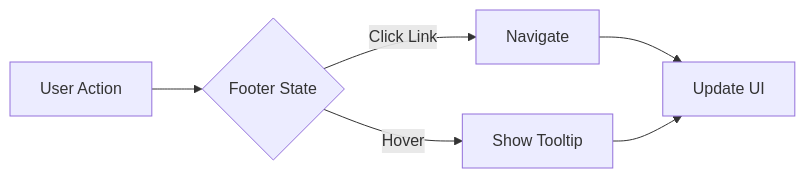
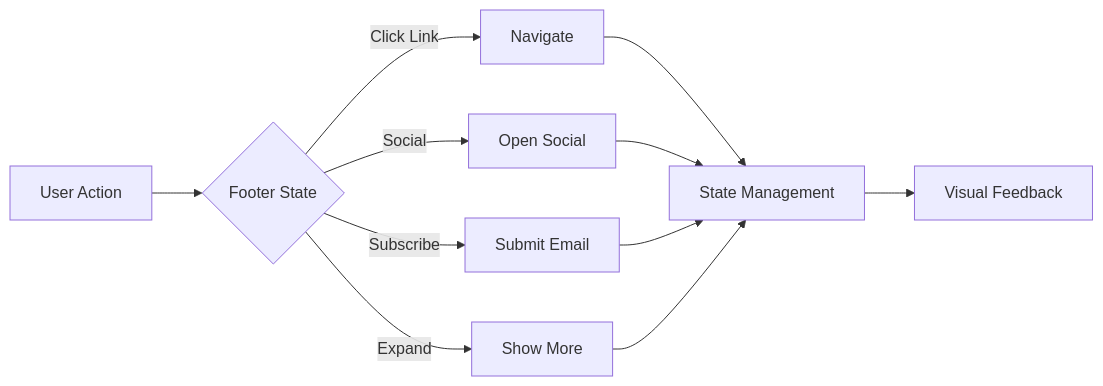
Before and after one commit to gedeza/thrive-send: the third of 3 diagrams in DOCS/components/layout/Footer.md, drawn with Mermaid. The commit also changed other lines of this file and 25 other files, not shown here.

````diff
--- a/DOCS/components/layout/Footer.md
+++ b/DOCS/components/layout/Footer.md
@@ -80,8 +126,15 @@
 ```mermaid
 graph LR
     A[User Action] --> B{Footer State}
     B -->|Click Link| C[Navigate]
-    B -->|Hover| D[Show Tooltip]
-    C --> E[Update UI]
-    D --> E
+    B -->|Social| D[Open Social]
+    B -->|Subscribe| E[Submit Email]
+    B -->|Expand| F[Show More]
+    
+    C --> G[State Management]
+    D --> G
+    E --> G
+    F --> G
+    
+    G --> H[Visual Feedback]
 ```
````
